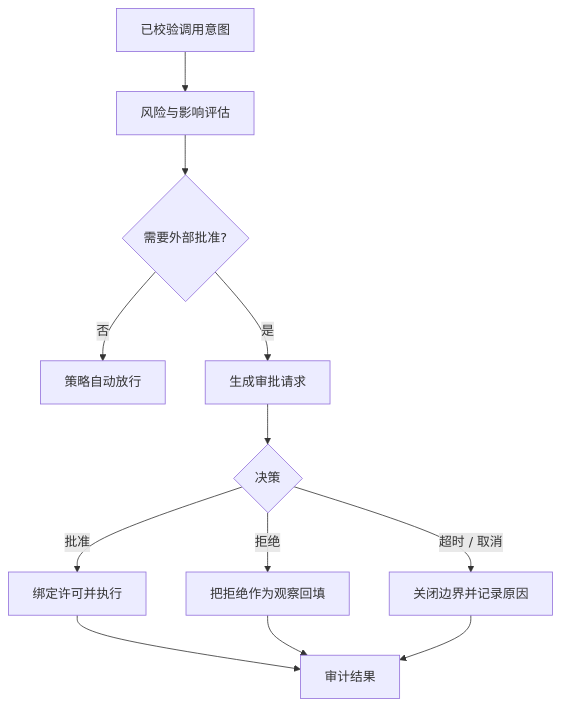
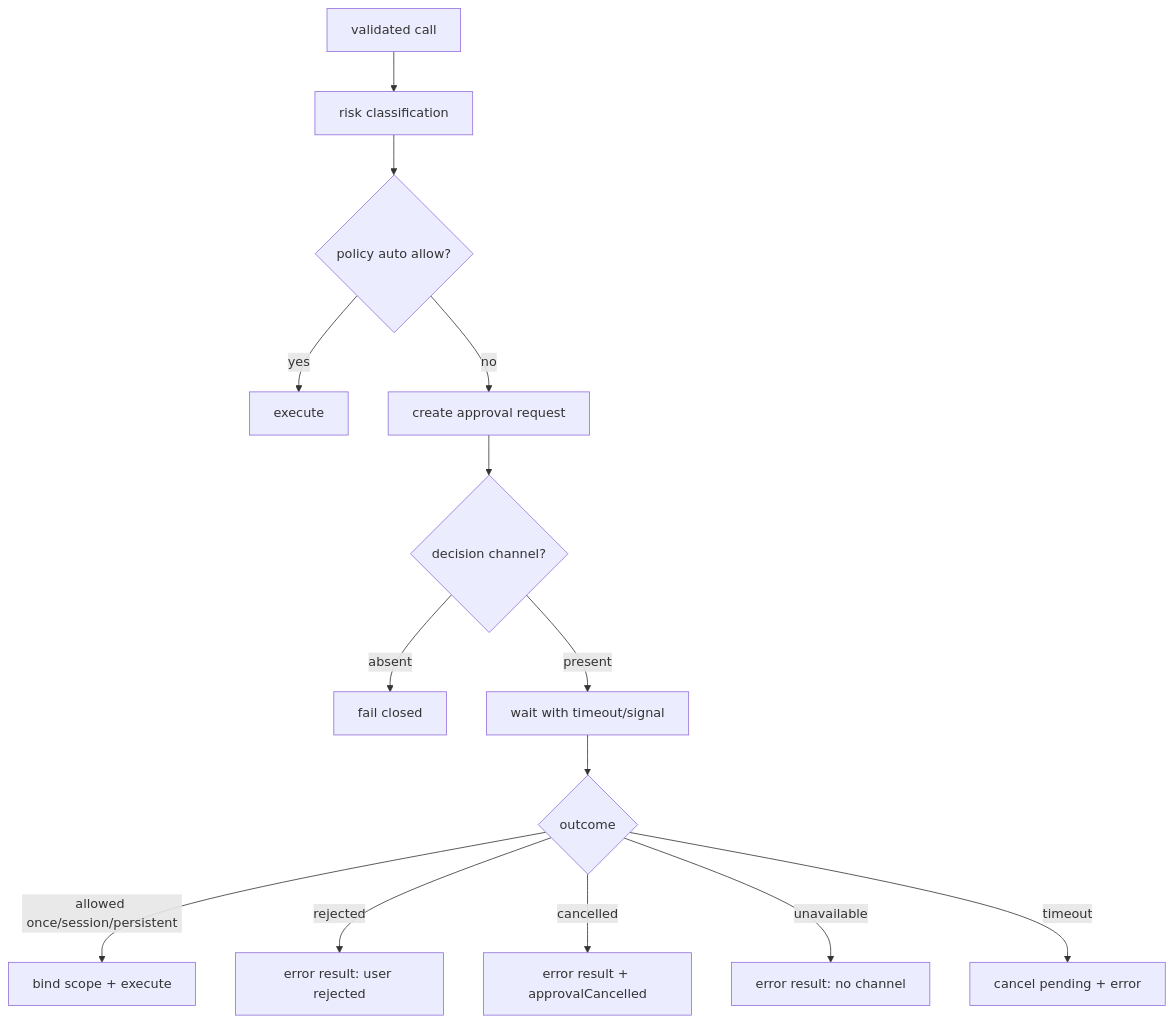
The first of 2 diagrams in tutorial/zh-CN/02-harness-mechanics/approval.md (xiaoslin9153/awesome-agent-harness-tutorial), drawn with Mermaid before and after one commit. The commit also changed other lines of this file and 3 other files, not shown here.

````diff
--- a/tutorial/zh-CN/02-harness-mechanics/approval.md
+++ b/tutorial/zh-CN/02-harness-mechanics/approval.md
@@ -34,14 +60,16 @@
 ```mermaid
 flowchart TD
-  A[已校验调用意图] --> B[风险与影响评估]
-  B --> C{需要外部批准?}
-  C -- 否 --> P[策略自动放行]
-  C -- 是 --> D[生成审批请求]
-  D --> E{决策}
-  E -- 批准 --> F[绑定许可并执行]
-  E -- 拒绝 --> G[把拒绝作为观察回填]
-  E -- 超时 / 取消 --> H[关闭边界并记录原因]
-  F --> I[审计结果]
-  G --> I
-  H --> I
+  A[validated call] --> B[risk classification]
+  B --> C{policy auto allow?}
+  C -- yes --> P[execute]
+  C -- no --> D[create approval request]
+  D --> E{decision channel?}
+  E -- absent --> F[fail closed]
+  E -- present --> G[wait with timeout/signal]
+  G --> H{outcome}
+  H -- allowed once/session/persistent --> I[bind scope + execute]
+  H -- rejected --> J[error result: user rejected]
+  H -- cancelled --> K[error result + approvalCancelled]
+  H -- unavailable --> L[error result: no channel]
+  H -- timeout --> M[cancel pending + error]
 ```
````
